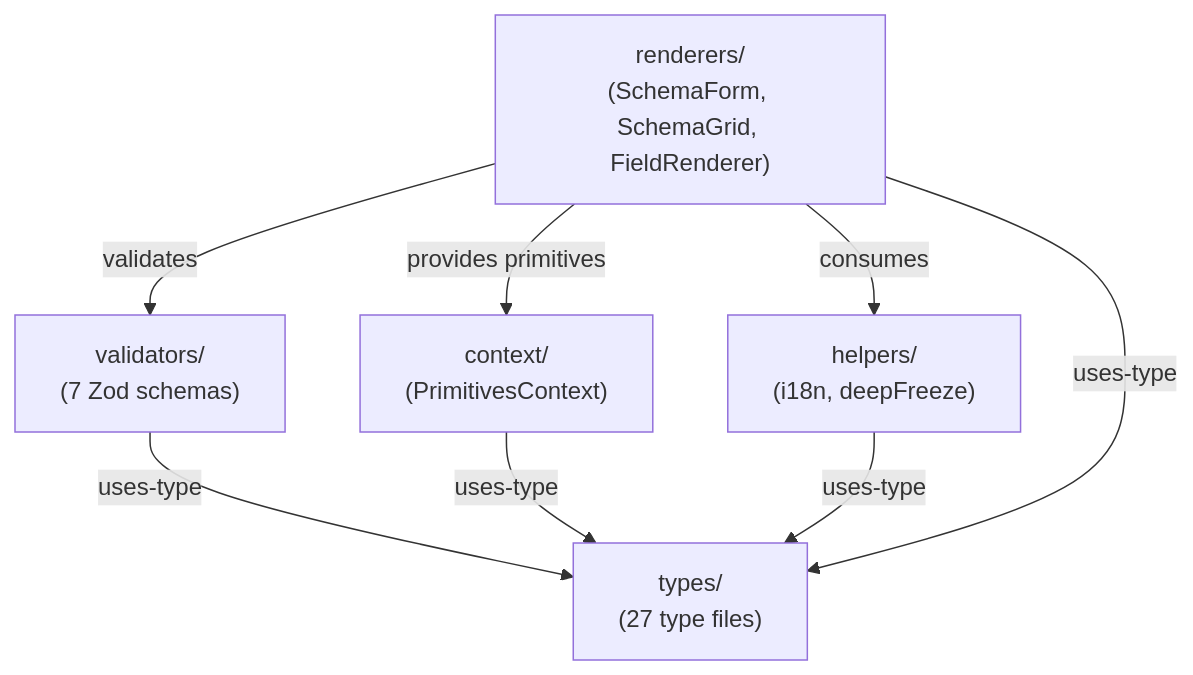
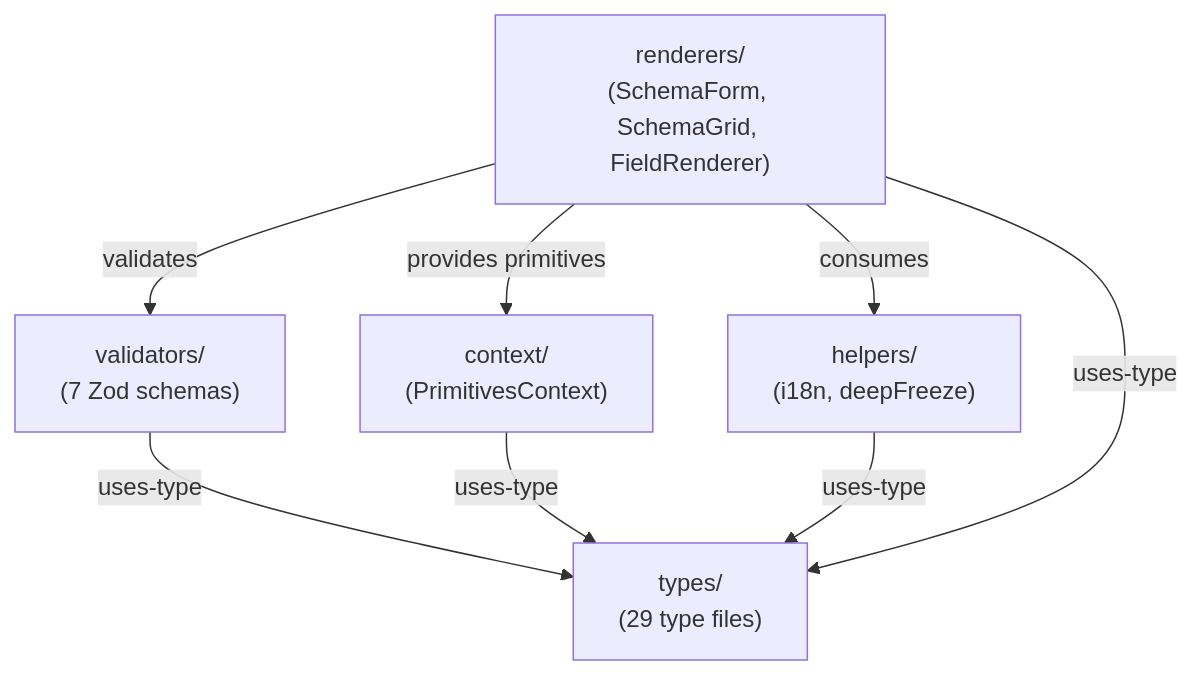
Before and after one commit to WianVDM/schema-framework: the first of 3 diagrams in docs/context-map.md, drawn with Mermaid. The commit also changed other lines of this file and 31 other files, not shown here.

````diff
--- a/docs/context-map.md
+++ b/docs/context-map.md
@@ -21,16 +21,16 @@
 ```mermaid
 graph TD
-    types["types/<br/>(27 type files)"]
+    types["types/<br/>(29 type files)"]
     validators["validators/<br/>(7 Zod schemas)"]
     context["context/<br/>(PrimitivesContext)"]
     helpers["helpers/<br/>(i18n, deepFreeze)"]
     renderers["renderers/<br/>(SchemaForm, SchemaGrid, FieldRenderer)"]
 
     validators -->|uses-type| types
     context -->|uses-type| types
     helpers -->|uses-type| types
     renderers -->|uses-type| types
     renderers -->|validates| validators
     renderers -->|provides primitives| context
     renderers -->|consumes| helpers
 ```
````
